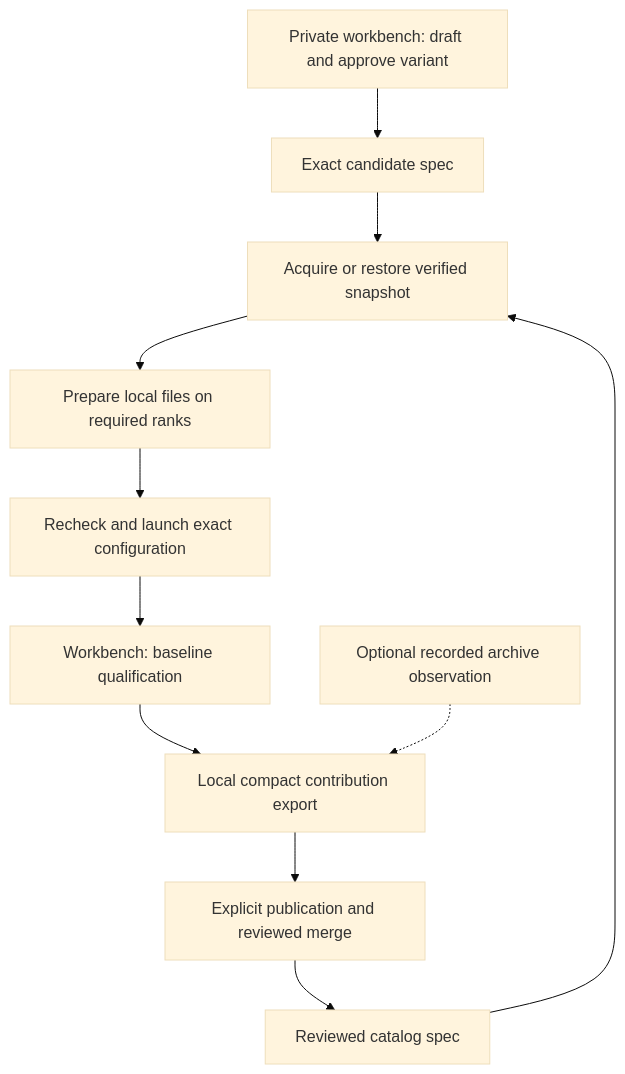
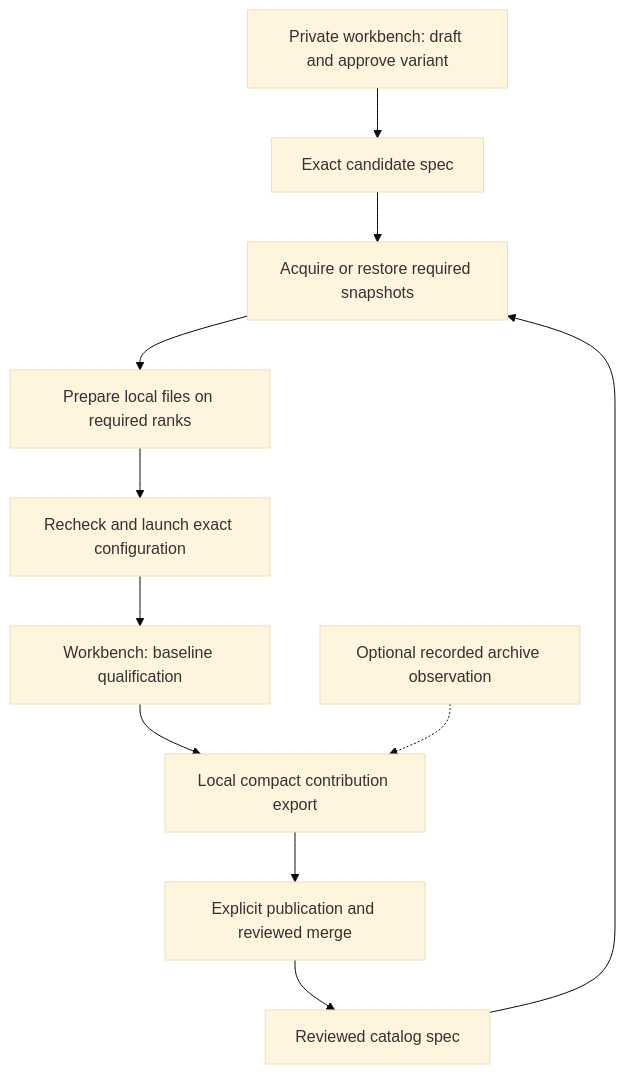
The diagram in docs/ARCHITECTURE.md (luisefigueroa/pulsar-inference-stack), drawn with Mermaid (base theme) before and after one commit. The commit also changed other lines of this file and 44 other files, not shown here.

Commit message:
Support required snapshots for speculative decoding

````diff
--- a/docs/ARCHITECTURE.md
+++ b/docs/ARCHITECTURE.md
@@ -8,13 +8,13 @@
 ```mermaid
 flowchart TD
     lab[Private workbench: draft and approve variant] --> candidate[Exact candidate spec]
-    catalog[Reviewed catalog spec] --> storage[Acquire or restore verified snapshot]
+    catalog[Reviewed catalog spec] --> storage[Acquire or restore required snapshots]
     candidate --> storage
     storage --> prepare[Prepare local files on required ranks]
     prepare --> launch[Recheck and launch exact configuration]
     launch --> experiments[Workbench: baseline qualification]
     experiments --> export[Local compact contribution export]
     archive[Optional recorded archive observation] -.-> export
     export --> review[Explicit publication and reviewed merge]
     review --> catalog
 ```
````
